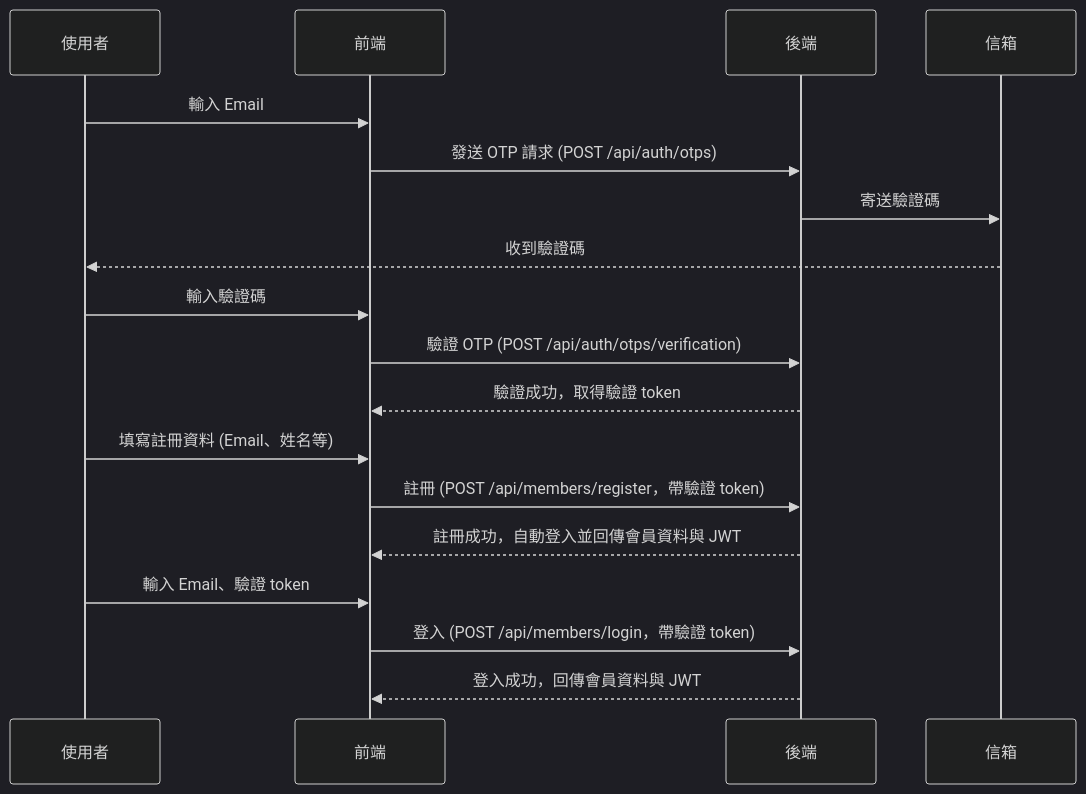
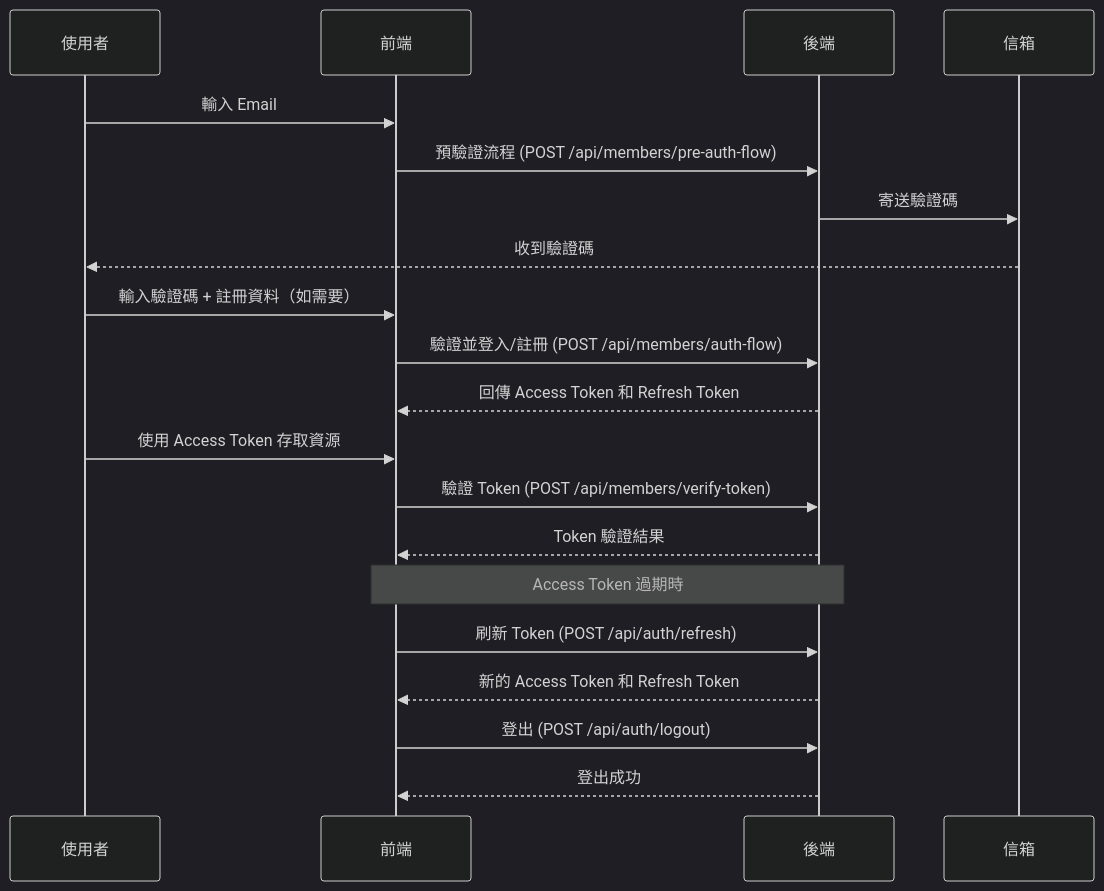
The diagram in backend/docs/member-auth-flow.md (loveu8/TravelPlanWithAccounting), drawn with Mermaid (dark theme) before and after one commit. The commit also changed other lines of this file, not shown here.

````diff
--- a/backend/docs/member-auth-flow.md
+++ b/backend/docs/member-auth-flow.md
@@ -7,21 +7,23 @@
 ```mermaid
 sequenceDiagram
     participant User as 使用者
     participant FE as 前端
     participant BE as 後端
     participant Mail as 信箱
 
     User->>FE: 輸入 Email
-    FE->>BE: 發送 OTP 請求 (POST /api/auth/otps)
+    FE->>BE: 預驗證流程 (POST /api/members/pre-auth-flow)
     BE->>Mail: 寄送驗證碼
     Mail-->>User: 收到驗證碼
-    User->>FE: 輸入驗證碼
-    FE->>BE: 驗證 OTP (POST /api/auth/otps/verification)
-    BE-->>FE: 驗證成功，取得驗證 token
-    User->>FE: 填寫註冊資料 (Email、姓名等)
-    FE->>BE: 註冊 (POST /api/members/register，帶驗證 token)
-    BE-->>FE: 註冊成功，自動登入並回傳會員資料與 JWT
-    User->>FE: 輸入 Email、驗證 token
-    FE->>BE: 登入 (POST /api/members/login，帶驗證 token)
-    BE-->>FE: 登入成功，回傳會員資料與 JWT
+    User->>FE: 輸入驗證碼 + 註冊資料（如需要）
+    FE->>BE: 驗證並登入/註冊 (POST /api/members/auth-flow)
+    BE-->>FE: 回傳 Access Token 和 Refresh Token
+    User->>FE: 使用 Access Token 存取資源
+    FE->>BE: 驗證 Token (POST /api/members/verify-token)
+    BE-->>FE: Token 驗證結果
+    Note over FE,BE: Access Token 過期時
+    FE->>BE: 刷新 Token (POST /api/auth/refresh)
+    BE-->>FE: 新的 Access Token 和 Refresh Token
+    FE->>BE: 登出 (POST /api/auth/logout)
+    BE-->>FE: 登出成功
 ```
````
